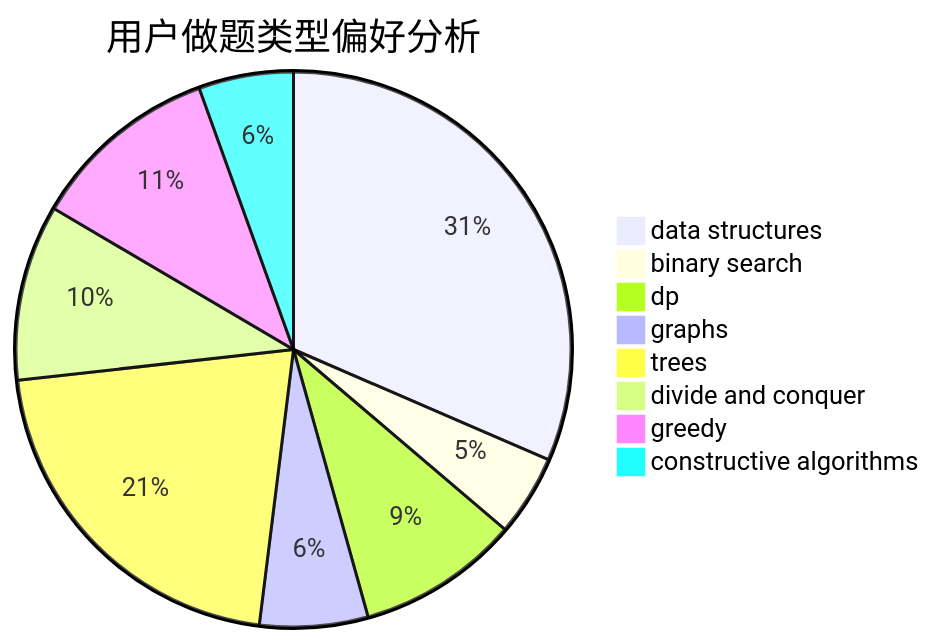
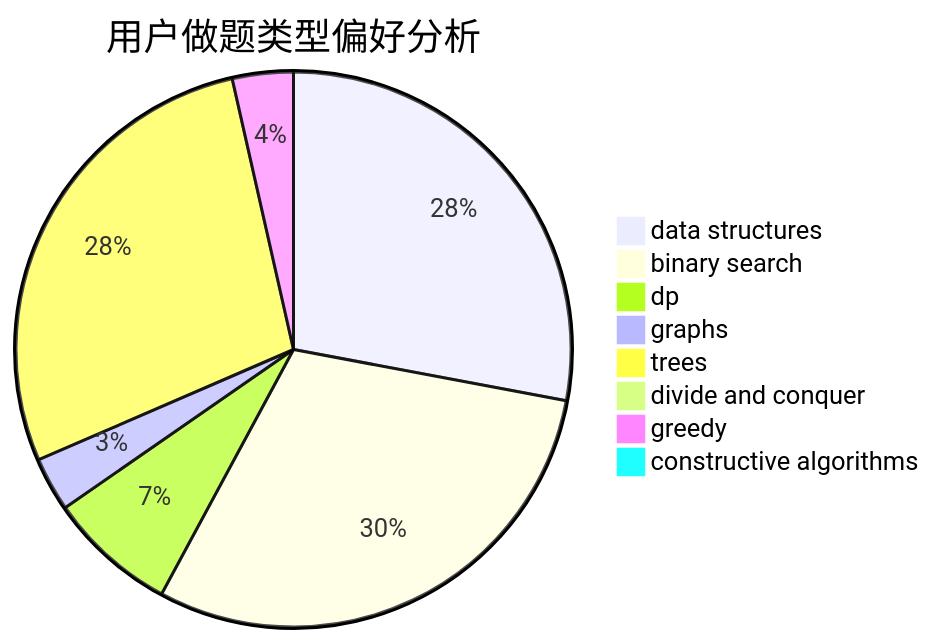
Before and after one commit to sherpahu/cfrs.github.io: the second of 3 diagrams in docs/user/u2041.md, drawn with Mermaid. The commit also changed other lines of this file and 2770 other files, not shown here.

````diff
--- a/docs/user/u2041.md
+++ b/docs/user/u2041.md
@@ -23,11 +23,11 @@
 ```mermaid
 pie title 用户做题类型偏好分析
-    "data structures" :  40
-    "binary search" :  6
-    "dp" :  12
+    "data structures" :  71
+    "binary search" :  76
+    "dp" :  19
     "graphs" :  8
-    "trees" :  27
-    "divide and conquer" :  13
-    "greedy" :  14
-    "constructive algorithms" :  7
+    "trees" :  71
+    "divide and conquer" :  0
+    "greedy" :  9
+    "constructive algorithms" :  0
 ```
````
